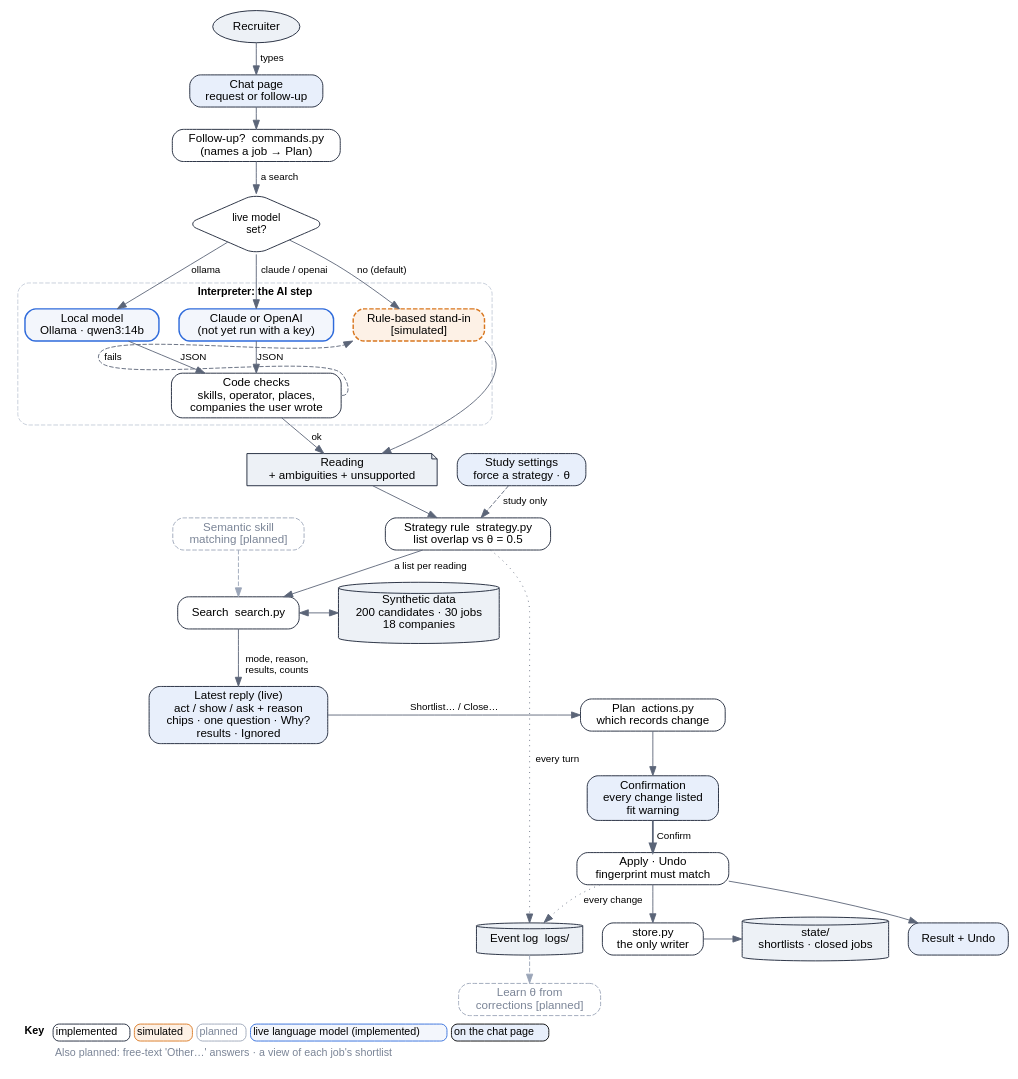
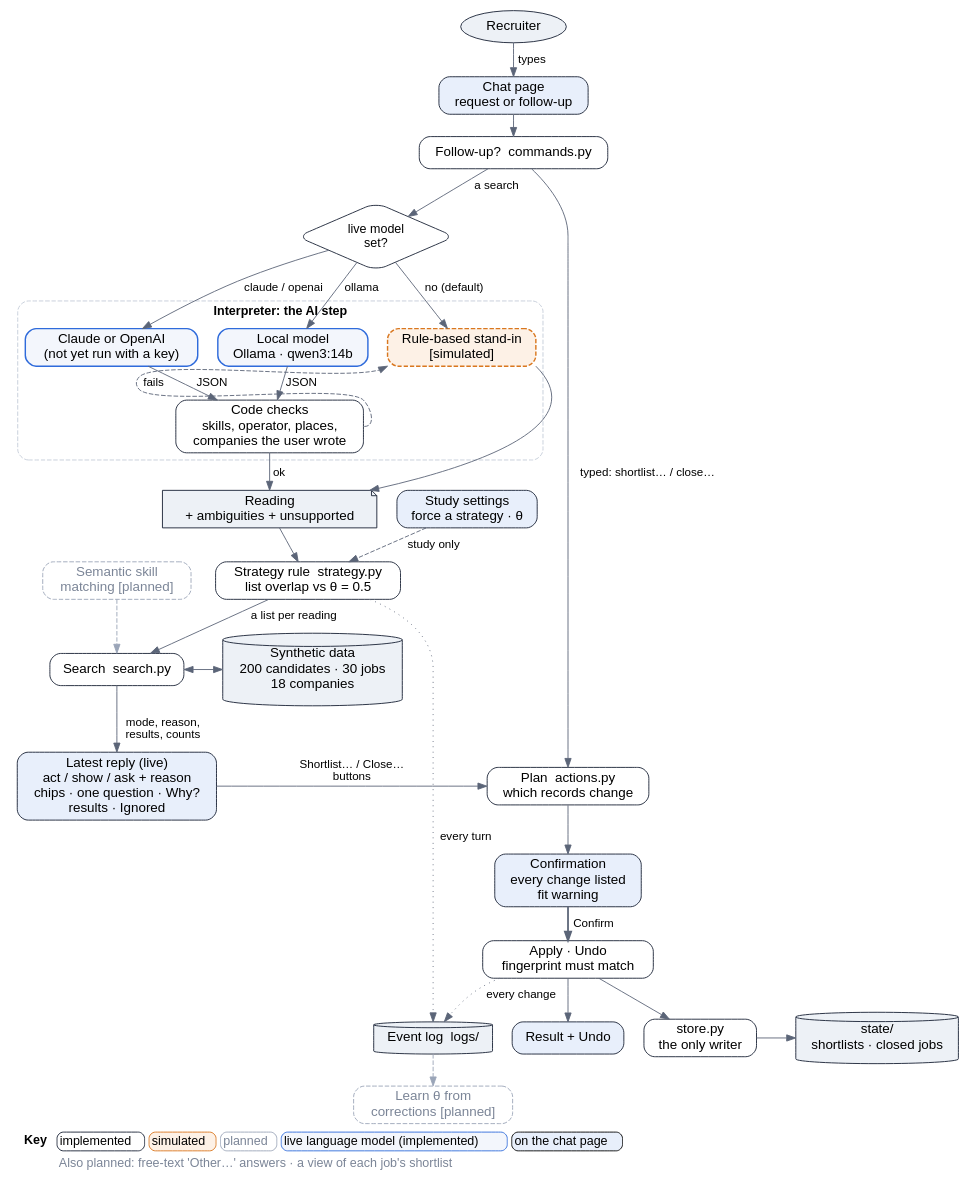
The diagram in docs/system.dot (ar-pavel/ambiguity-aware-ai-search), drawn with Graphviz before and after one commit. The commit also changed 10 other files, not shown here.

First line of the commit message:
docs: readable figures and the typed follow-up path (#70)

```diff
--- a/docs/system.dot
+++ b/docs/system.dot
@@ -1,92 +1,93 @@
 // System diagram. Render: dot -Tpng -Gdpi=200 docs/system.dot -o docs/system.png && dot -Tsvg docs/system.dot -o docs/system.svg
 // Left column: reading a request (top to bottom). Right column: changing records.
 // Border marks status: solid = implemented, orange dashed = simulated, grey dashed = planned,
 // blue = a live language model (implemented). Blue fill = on the chat page (web/); white = server (assistant/);
 // cylinders = files on disk.
 digraph system {
   rankdir=TB; nodesep=0.3; ranksep=0.32; newrank=true;
-  node [shape=box, style="rounded,filled", fillcolor="#ffffff", color="#172033", fontname="Helvetica", fontsize=13];
-  edge [fontname="Helvetica", fontsize=11, color="#5b6578"];
+  node [shape=box, style="rounded,filled", fillcolor="#ffffff", color="#172033", fontname="Helvetica", fontsize=15];
+  edge [fontname="Helvetica", fontsize=13, color="#5b6578"];
 
   recruiter [label="Recruiter", shape=ellipse, fillcolor="#edf1f6"];
   request [label="Chat page\nrequest or follow-up", fillcolor="#e8effb"];
   settings [label="Study settings\nforce a strategy · θ", fillcolor="#e8effb"];
-  cmd [label="Follow-up?  commands.py\n(names a job → Plan)"];
-  route [label="live model\nset?", shape=diamond, fontsize=12];
+  cmd [label="Follow-up?  commands.py"];
+  route [label="live model\nset?", shape=diamond, fontsize=14];
 
   subgraph cluster_interp {
-    label="Interpreter: the AI step"; labelloc=t; fontname="Helvetica-Bold"; fontsize=12;
+    label="Interpreter: the AI step"; labelloc=t; fontname="Helvetica-Bold"; fontsize=14;
     color="#c4ccd8"; style="rounded,dashed";
     ollama [label="Local model\nOllama · qwen3:14b", fillcolor="#f3f6fc", color="#2f6bdb", penwidth=1.6];
     cloud [label="Claude or OpenAI\n(not yet run with a key)", fillcolor="#f3f6fc", color="#2f6bdb", penwidth=1.6];
     rules [label="Rule-based stand-in\n[simulated]", style="rounded,filled,dashed", fillcolor="#fdf1e6", color="#d9771f", penwidth=1.6];
     checks [label="Code checks\nskills, operator, places,\ncompanies the user wrote"];
   }
 
   reading [label="Reading\n+ ambiguities + unsupported", shape=note, fillcolor="#edf1f6"];
   rule [label="Strategy rule  strategy.py\nlist overlap vs θ = 0.5"];
   search [label="Search  search.py"];
   reply [label="Latest reply (live)\nact / show / ask + reason\nchips · one question · Why?\nresults · Ignored", fillcolor="#e8effb"];
 
   plan [label="Plan  actions.py\nwhich records change"];
   confirm [label="Confirmation\nevery change listed\nfit warning", fillcolor="#e8effb"];
   apply [label="Apply · Undo\nfingerprint must match"];
   store [label="store.py\nthe only writer"];
   result [label="Result + Undo", fillcolor="#e8effb"];
 
   data [label="Synthetic data\n200 candidates · 30 jobs\n18 companies", shape=cylinder, fillcolor="#edf1f6"];
   state [label="state/\nshortlists · closed jobs", shape=cylinder, fillcolor="#edf1f6"];
   log [label="Event log  logs/", shape=cylinder, fillcolor="#edf1f6"];
 
   learn [label="Learn θ from\ncorrections [planned]", style="rounded,dashed", color="#9aa5b8", fontcolor="#7b8597"];
   semantic [label="Semantic skill\nmatching [planned]", style="rounded,dashed", color="#9aa5b8", fontcolor="#7b8597"];
 
   {rank=same; reading; settings}
   {rank=same; ollama; cloud; rules}
   {rank=same; search; data}
   {rank=same; reply; plan}
   {rank=same; store; state}
 
   // reading a request
   recruiter -> request [label=" types"];
   request -> cmd;
   cmd -> route [label=" a search"];
   route -> ollama [label="ollama"];
   route -> cloud [label="claude / openai"];
   route -> rules [label="no (default)"];
   ollama -> checks [label=" JSON"];
   cloud -> checks [label=" JSON"];
   checks:e -> rules:sw [label=" fails", style=dashed, constraint=false];
   checks -> reading [label=" ok"];
   rules:se -> reading;
   reading -> rule;
   settings -> rule [style=dashed, label=" study only"];
   rule -> search [label=" a list per reading"];
   search -> data [dir=both, constraint=false];
   search -> reply [label=" mode, reason,\n results, counts"];
   semantic -> search [style=dashed, color="#9aa5b8"];
 
   // changing records
-  reply -> plan [label=" Shortlist… / Close…"];
+  reply -> plan [label=" Shortlist… / Close…\n buttons"];
+  cmd -> plan [label=" typed: shortlist… / close…"];
   plan -> confirm;
   confirm -> apply [label=" Confirm", style=bold];
   apply -> store;
   store -> state;
   apply -> result;
 
   // evaluation
   rule -> log [style=dotted, label=" every turn"];
   apply -> log [style=dotted, label=" every change"];
   log -> learn [style=dashed, color="#9aa5b8"];
 
-  labelloc=b; labeljust=l; fontname="Helvetica"; fontsize=12;
+  labelloc=b; labeljust=l; fontname="Helvetica"; fontsize=14;
   label=<<table border="0" cellborder="0" cellspacing="5">
     <tr><td align="left"><b>Key</b></td>
         <td border="1" style="rounded" color="#172033">implemented</td>
         <td border="1" style="rounded" color="#d9771f" bgcolor="#fdf1e6">simulated</td>
         <td border="1" style="rounded" color="#9aa5b8"><font color="#7b8597">planned</font></td>
         <td border="1" style="rounded" color="#2f6bdb" bgcolor="#f3f6fc">live language model (implemented)</td>
         <td border="1" style="rounded" bgcolor="#e8effb">on the chat page</td></tr>
     <tr><td></td><td colspan="5" align="left"><font color="#7b8597">Also planned: free-text 'Other…' answers · a view of each job's shortlist</font></td></tr>
   </table>>;
 }
```
